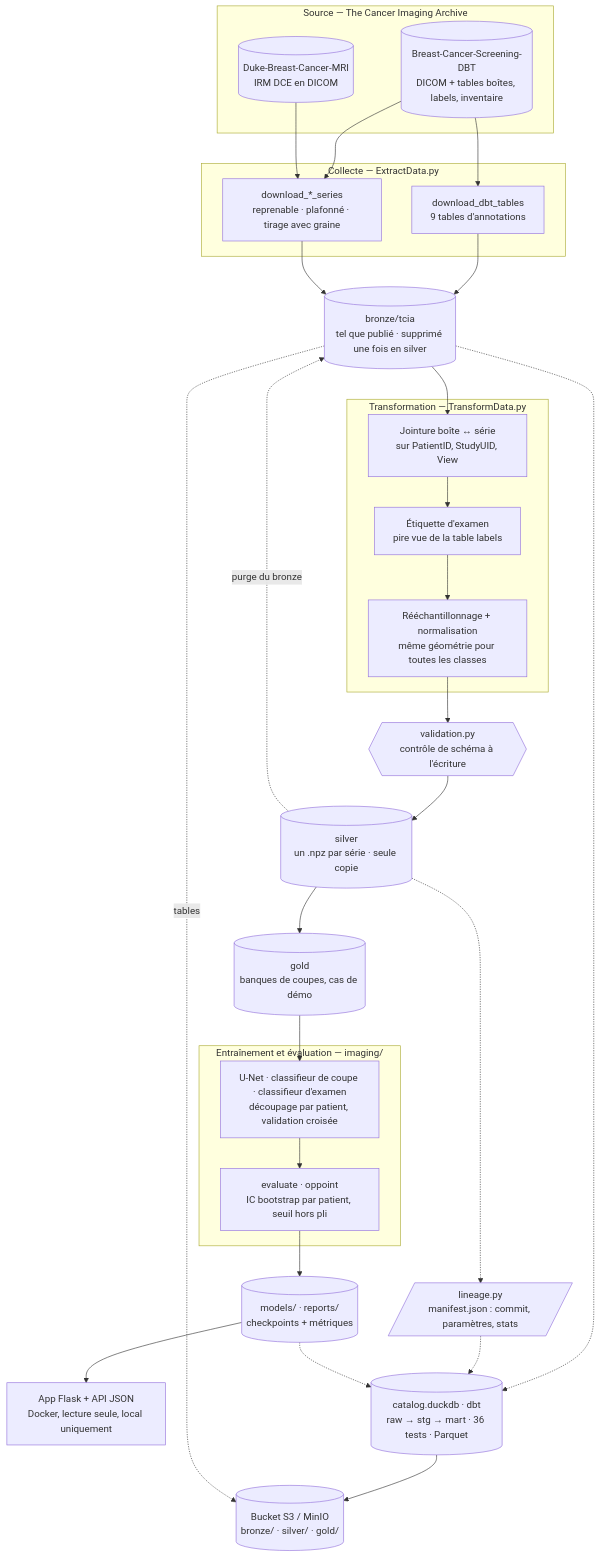
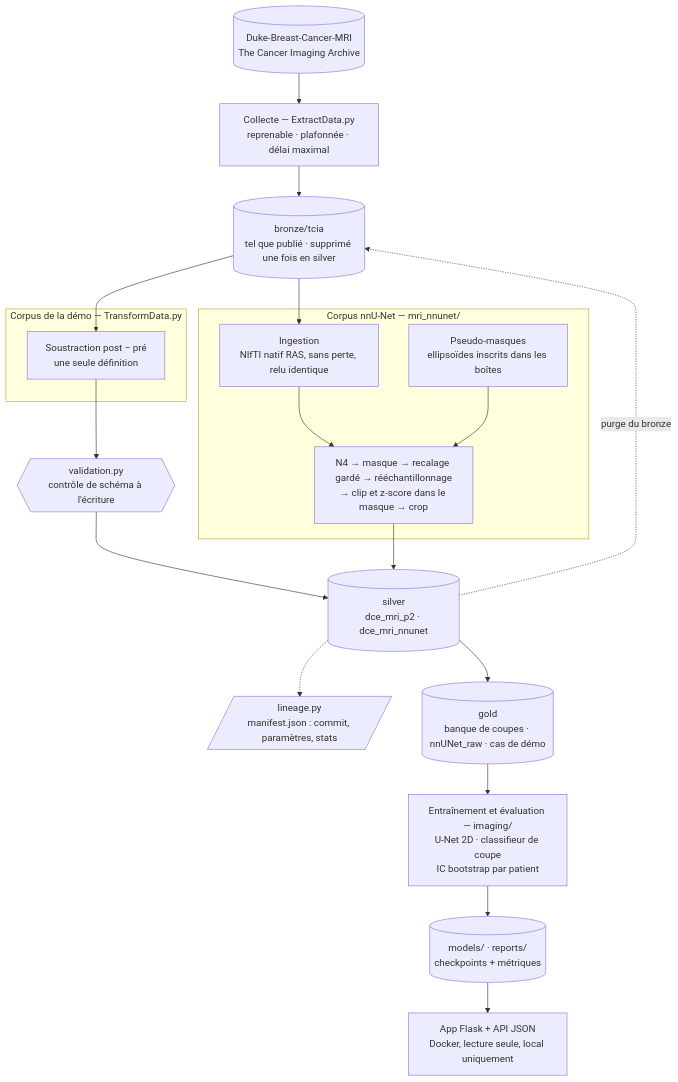
The diagram in README.md (Elias-Ouafi/breastcancer), drawn with Mermaid before and after one commit. The commit also changed other lines of this file and 90 other files, not shown here.

````diff
--- a/README.md
+++ b/README.md
@@ -68,52 +68,32 @@
 ```mermaid
 flowchart TB
-    subgraph SRC["Source — The Cancer Imaging Archive"]
-        DBT[("Breast-Cancer-Screening-DBT<br/>DICOM + tables boîtes, labels, inventaire")]
-        MRI[("Duke-Breast-Cancer-MRI<br/>IRM DCE en DICOM")]
+    SRC[("Duke-Breast-Cancer-MRI<br/>The Cancer Imaging Archive")]
+    EXTRACT["Collecte — ExtractData.py<br/>reprenable · plafonnée · délai maximal"]
+    BRONZE[("bronze/tcia<br/>tel que publié · supprimé une fois en silver")]
+
+    subgraph DEMO["Corpus de la démo — TransformData.py"]
+        SUB["Soustraction post − pré<br/>une seule définition"]
     end
 
-    subgraph EXTRACT["Collecte — ExtractData.py"]
-        TABLES["download_dbt_tables<br/>9 tables d'annotations"]
-        SERIES["download_*_series<br/>reprenable · plafonné · tirage avec graine"]
-    end
-
-    RAW[("bronze/tcia<br/>tel que publié · supprimé une fois en silver")]
-
-    subgraph TRANSFORM["Transformation — TransformData.py"]
-        JOIN["Jointure boîte ↔ série<br/>sur PatientID, StudyUID, View"]
-        LABEL["Étiquette d'examen<br/>pire vue de la table labels"]
-        GEOM["Rééchantillonnage + normalisation<br/>même géométrie pour toutes les classes"]
+    subgraph NNUNET["Corpus nnU-Net — mri_nnunet/"]
+        ING["Ingestion<br/>NIfTI natif RAS, sans perte, relu identique"]
+        PROC["N4 → masque → recalage gardé → rééchantillonnage<br/>→ clip et z-score dans le masque → crop"]
+        PSEUDO["Pseudo-masques<br/>ellipsoïdes inscrits dans les boîtes"]
     end
 
     VALID{{"validation.py<br/>contrôle de schéma à l'écriture"}}
     LINEAGE[/"lineage.py<br/>manifest.json : commit, paramètres, stats"/]
-    PRE[("silver<br/>un .npz par série · seule copie")]
-    CUR[("gold<br/>banques de coupes, cas de démo")]
-
-    subgraph ML["Entraînement et évaluation — imaging/"]
-        TRAIN["U-Net · classifieur de coupe · classifieur d'examen<br/>découpage par patient, validation croisée"]
-        EVAL["evaluate · oppoint<br/>IC bootstrap par patient, seuil hors pli"]
-    end
-
+    SILVER[("silver<br/>dce_mri_p2 · dce_mri_nnunet")]
+    GOLD[("gold<br/>banque de coupes · nnUNet_raw · cas de démo")]
+    ML["Entraînement et évaluation — imaging/<br/>U-Net 2D · classifieur de coupe<br/>IC bootstrap par patient"]
     ART[("models/ · reports/<br/>checkpoints + métriques")]
     APP["App Flask + API JSON<br/>Docker, lecture seule, local uniquement"]
-    CAT[("catalog.duckdb · dbt<br/>raw → stg → mart · 36 tests · Parquet")]
-    S3[("Bucket S3 / MinIO<br/>bronze/ · silver/ · gold/")]
 
-    DBT --> TABLES
-    DBT --> SERIES
-    MRI --> SERIES
-    TABLES --> RAW
-    SERIES --> RAW
-    RAW --> JOIN --> LABEL --> GEOM
-    GEOM --> VALID --> PRE
-    PRE -.->|"purge du bronze"| RAW
-    PRE -.-> LINEAGE
-    PRE --> CUR --> TRAIN --> EVAL --> ART
-    ART --> APP
-    RAW -.-> CAT
-    LINEAGE -.-> CAT
-    ART -.-> CAT
-    CAT --> S3
-    RAW -.->|tables| S3
+    SRC --> EXTRACT --> BRONZE
+    BRONZE --> SUB --> VALID --> SILVER
+    BRONZE --> ING --> PROC --> SILVER
+    PSEUDO --> PROC
+    SILVER -.->|"purge du bronze"| BRONZE
+    SILVER -.-> LINEAGE
+    SILVER --> GOLD --> ML --> ART --> APP
 ```
````
